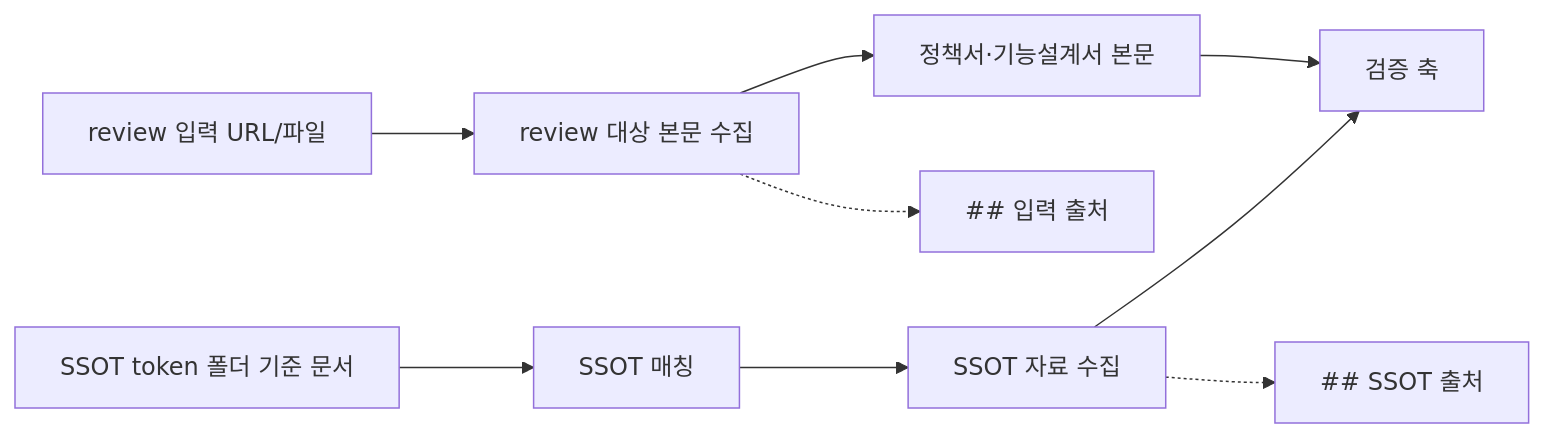
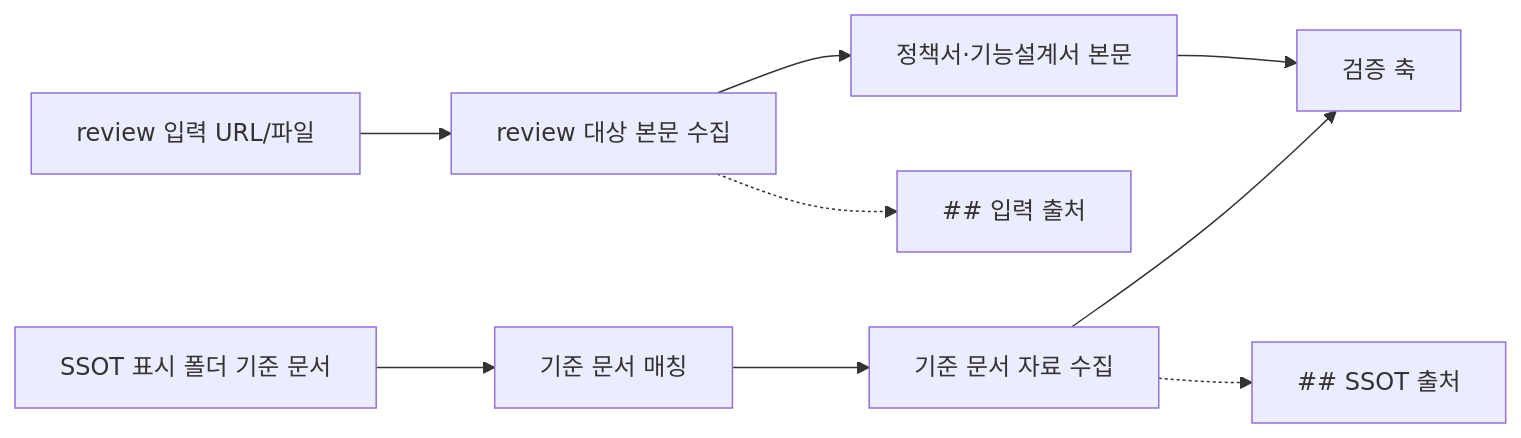
The fifth of 7 diagrams in planning-kit/docs/planning-kit-workflow-guide.md (inkwonjung-colosseum/plugins), drawn with Mermaid before and after one commit. The commit also changed other lines of this file and 19 other files, not shown here.

````diff
--- a/planning-kit/docs/planning-kit-workflow-guide.md
+++ b/planning-kit/docs/planning-kit-workflow-guide.md
@@ -210,13 +212,13 @@
 ```mermaid
 flowchart LR
   A["review 입력 URL/파일"] --> B["review 대상 본문 수집"]
   B --> C["정책서·기능설계서 본문"]
   C --> D["검증 축"]
 
-  E["SSOT token 폴더 기준 문서"] --> F["SSOT 매칭"]
-  F --> G["SSOT 자료 수집"]
+  E["SSOT 표시 폴더 기준 문서"] --> F["기준 문서 매칭"]
+  F --> G["기준 문서 자료 수집"]
   G --> D
 
   B -.-> H["## 입력 출처"]
   G -.-> I["## SSOT 출처"]
 ```
````
